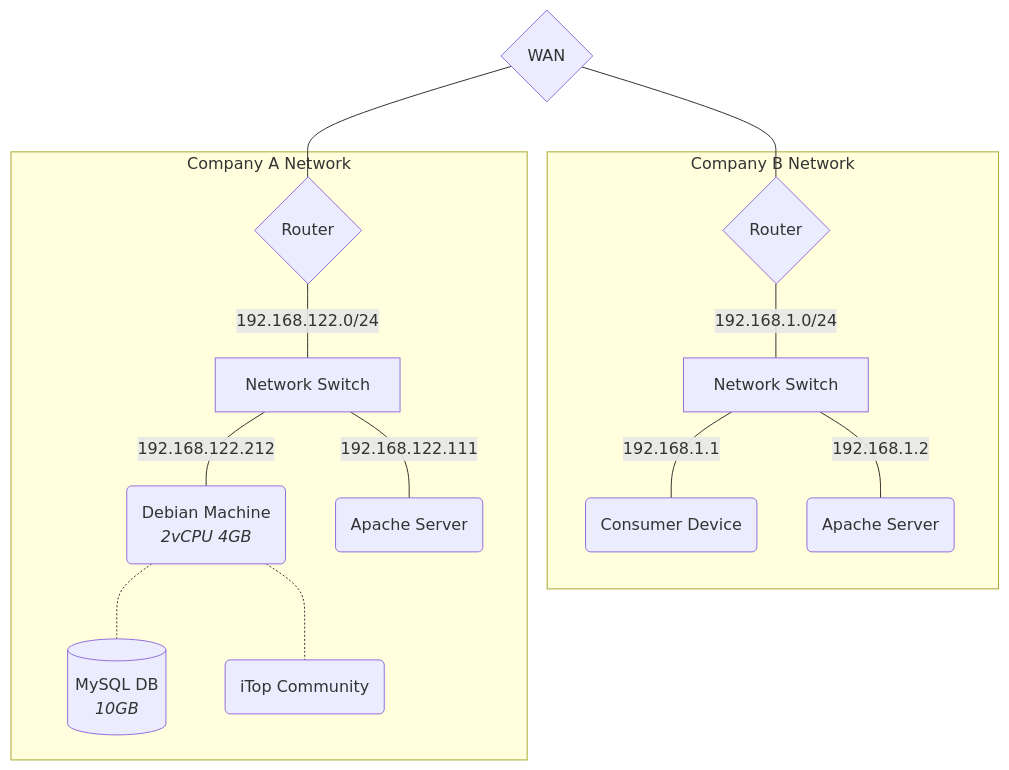
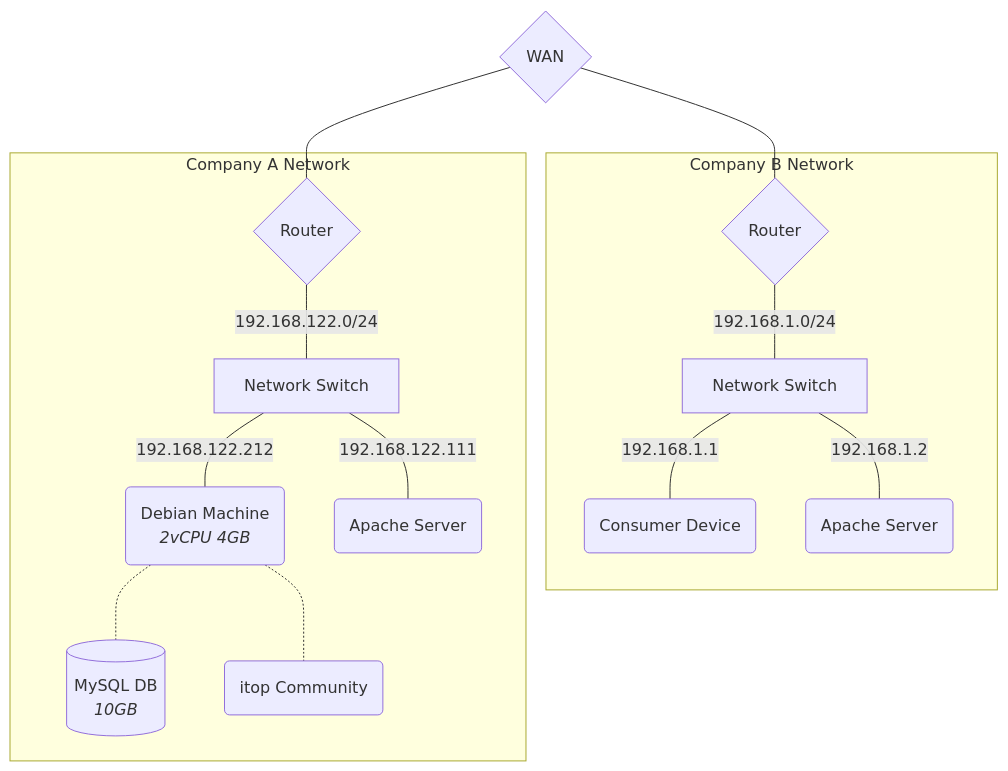
Before and after one commit to xeylou/testade.xeylou.fr: the ninth of 9 diagrams in content/posts/itop-walkthrough/index.md, drawn with Mermaid. The commit also changed other lines of this file and 11 other files, not shown here.

```diff
--- a/content/posts/itop-walkthrough/index.md
+++ b/content/posts/itop-walkthrough/index.md
@@ -364,28 +369,28 @@
 {{< mermaid >}}
 
 graph TD
 subgraph company-b[Company B Network]
 router-b{Router}
 switch-b[Network Switch]
 consumer-pc(Consumer Device)
 apache-b(Apache Server)
 end
 
 subgraph company-a[Company A Network]
 router-a{Router}
 switch-a[Network Switch]
 itop-server(Debian Machine<br><i>2vCPU 4GB</i>)
 db-server[(MySQL DB<br><i>10GB</i>)]
-itop(iTop Community)
+itop(itop Community)
 apache-a(Apache Server)
 end
 
 wan{WAN} --- router-a & router-b
 router-a ---|192.168.122.0/24| switch-a
 switch-a ---|192.168.122.212| itop-server
 itop-server -.- db-server & itop
 switch-a ---|192.168.122.111| apache-a
 router-b ---|192.168.1.0/24| switch-b
 switch-b ---|192.168.1.1| consumer-pc
 switch-b ---|192.168.1.2| apache-b
 {{< /mermaid >}}
```
